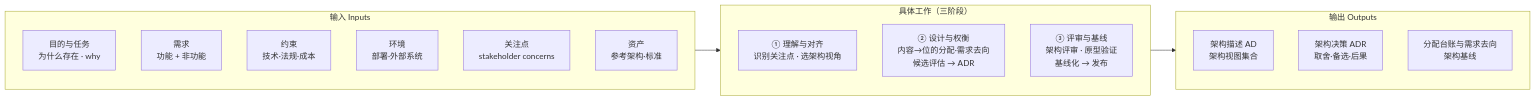
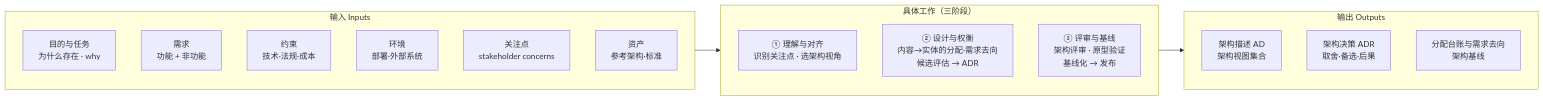
One commit to Yongjunzhou/business-Engineering changed the third of 11 diagrams in 10-系统工程研究/00-系统工程相关研究报告/10-架构设计方法论全景研究报告.md. Above: the diagram before and after it, drawn with Mermaid. The commit also changed other lines of this file and 25 other files, not shown here.

````diff
--- a/10-系统工程研究/00-系统工程相关研究报告/10-架构设计方法论全景研究报告.md
+++ b/10-系统工程研究/00-系统工程相关研究报告/10-架构设计方法论全景研究报告.md
@@ -407,22 +407,22 @@
 ```mermaid
 flowchart LR
     subgraph IN["输入 Inputs"]
         I0[目的与任务<br/>为什么存在 · why]
         I1[需求<br/>功能 + 非功能]
         I2[约束<br/>技术·法规·成本]
         I3[环境<br/>部署·外部系统]
         I4[关注点<br/>stakeholder concerns]
         I5[资产<br/>参考架构·标准]
     end
     subgraph WORK["具体工作（三阶段）"]
         W1[① 理解与对齐<br/>识别关注点 · 选架构视角]
-        W2[② 设计与权衡<br/>内容→位的分配·需求去向<br/>候选评估 → ADR]
+        W2[② 设计与权衡<br/>内容→实体的分配·需求去向<br/>候选评估 → ADR]
         W3[③ 评审与基线<br/>架构评审 · 原型验证<br/>基线化 → 发布]
     end
     subgraph OUT["输出 Outputs"]
         O1[架构描述 AD<br/>架构视图集合]
         O2[架构决策 ADR<br/>取舍·备选·后果]
         O3[分配台账与需求去向<br/>架构基线]
     end
     IN --> WORK --> OUT
 ```
````
